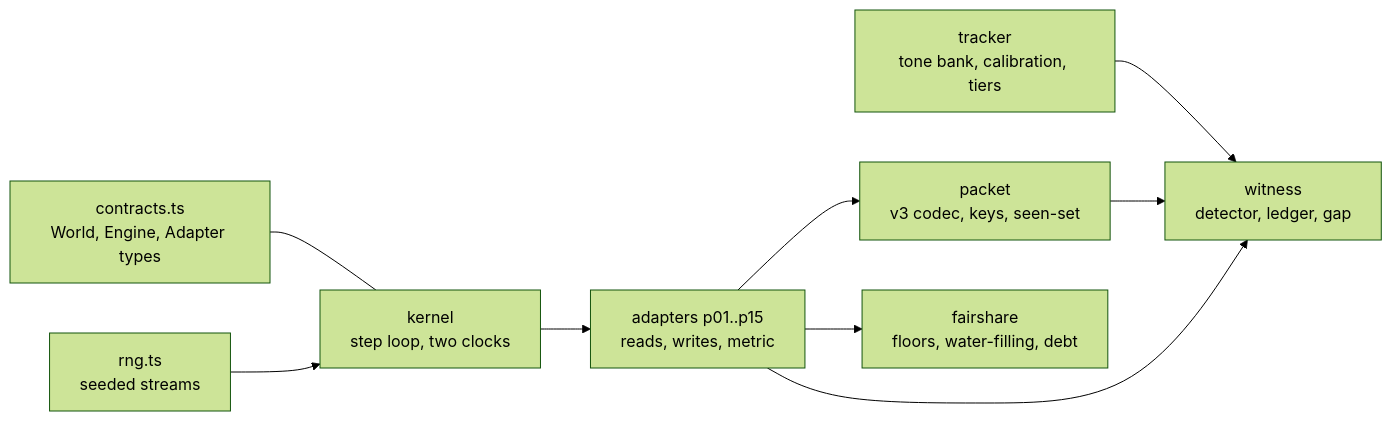
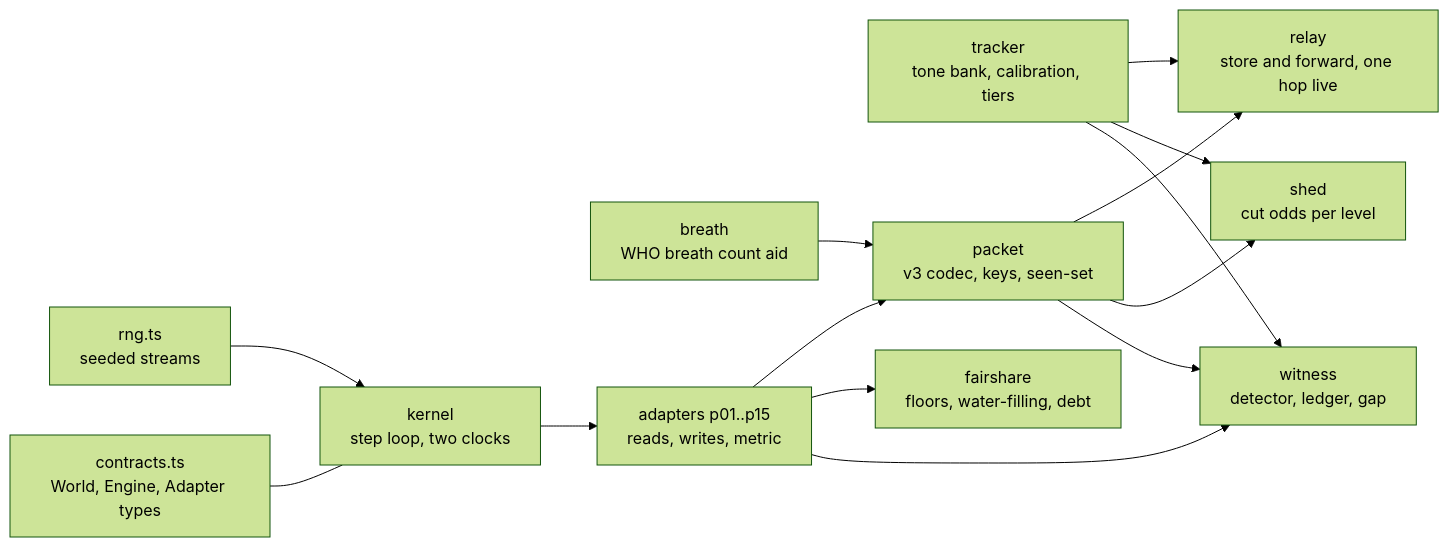
The diagram in docs/high-level-design.md (royalgillz/stratum), drawn with Mermaid (forest theme) before and after one commit. The commit also changed other lines of this file and 44 other files, not shown here.

````diff
--- a/docs/high-level-design.md
+++ b/docs/high-level-design.md
@@ -43,11 +43,16 @@
 ```mermaid
 flowchart LR
   C[contracts.ts<br/>World, Engine, Adapter types] --- K
   R[rng.ts<br/>seeded streams] --> K[kernel<br/>step loop, two clocks]
   T[tracker<br/>tone bank, calibration, tiers] --> W[witness<br/>detector, ledger, gap]
   P[packet<br/>v3 codec, keys, seen-set] --> W
+  T --> S[shed<br/>cut odds per level]
+  P --> S
+  P --> RL[relay<br/>store and forward, one hop live]
+  T --> RL
+  B[breath<br/>WHO breath count aid] --> P
   K --> A[adapters p01..p15<br/>reads, writes, metric]
   A --> W
   A --> F[fairshare<br/>floors, water-filling, debt]
   A --> P
 ```
````
